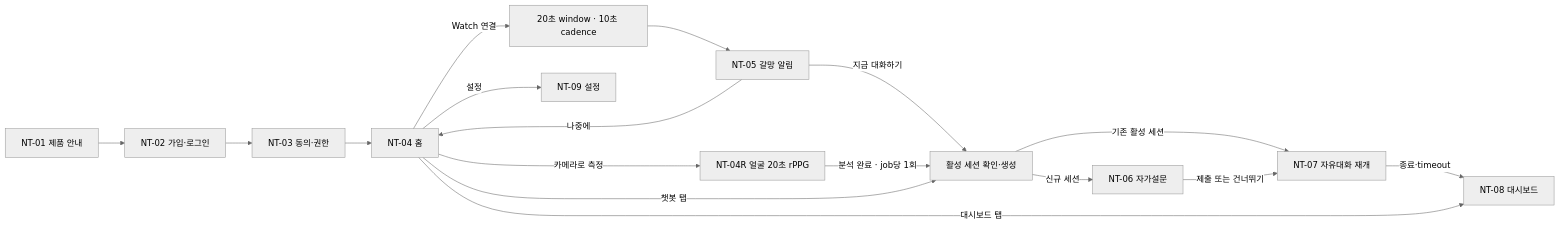
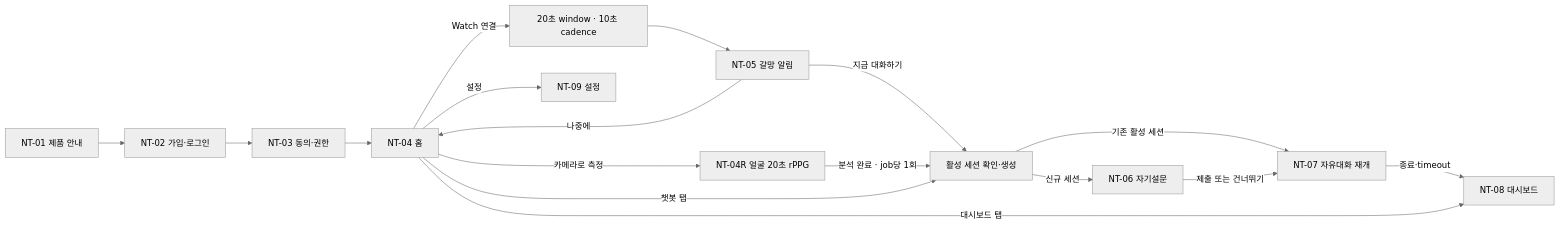
One commit to Neuro-AI-Lab/neurotruth changed the first of 2 diagrams in docs/prd/PRD_neurotruth_mobile.ko.md. Above: the diagram before and after it, drawn with Mermaid (neutral theme). The commit also changed other lines of this file and 62 other files, not shown here.

````diff
--- a/docs/prd/PRD_neurotruth_mobile.ko.md
+++ b/docs/prd/PRD_neurotruth_mobile.ko.md
@@ -135,23 +135,23 @@
 ```mermaid
 flowchart LR
   NT01["NT-01 제품 안내"] --> NT02["NT-02 가입·로그인"]
   NT02 --> NT03["NT-03 동의·권한"]
   NT03 --> NT04["NT-04 홈"]
 
   NT04 -->|"Watch 연결"| SENSOR["20초 window · 10초 cadence"]
   SENSOR --> NT05["NT-05 갈망 알림"]
   NT05 -->|"나중에"| NT04
   NT05 -->|"지금 대화하기"| ENSURE["활성 세션 확인·생성"]
 
   NT04 -->|"카메라로 측정"| NT04R["NT-04R 얼굴 20초 rPPG"]
   NT04R -->|"분석 완료 · job당 1회"| ENSURE
 
   NT04 -->|"챗봇 탭"| ENSURE
   ENSURE -->|"기존 활성 세션"| NT07["NT-07 자유대화 재개"]
-  ENSURE -->|"신규 세션"| NT06["NT-06 자가설문"]
+  ENSURE -->|"신규 세션"| NT06["NT-06 자기설문"]
   NT06 -->|"제출 또는 건너뛰기"| NT07
   NT07 -->|"종료·timeout"| NT08["NT-08 대시보드"]
 
   NT04 -->|"대시보드 탭"| NT08
   NT04 -->|"설정"| NT09["NT-09 설정"]
 ```
````
